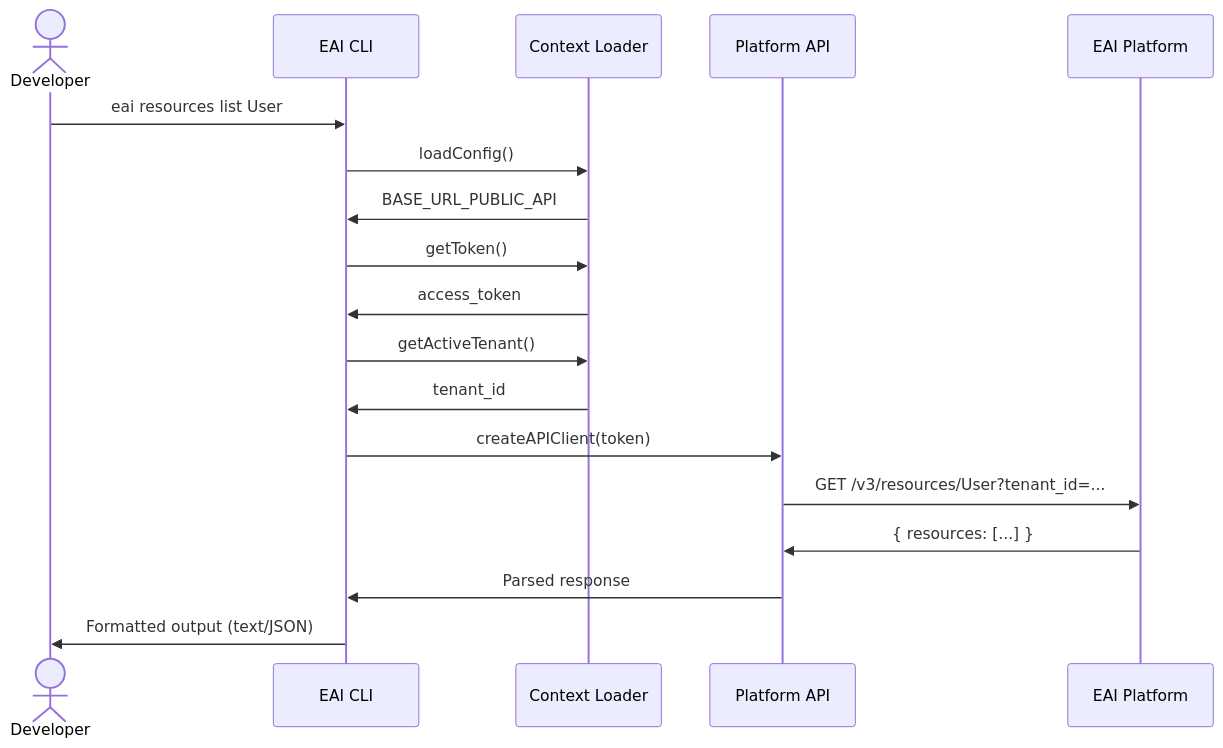
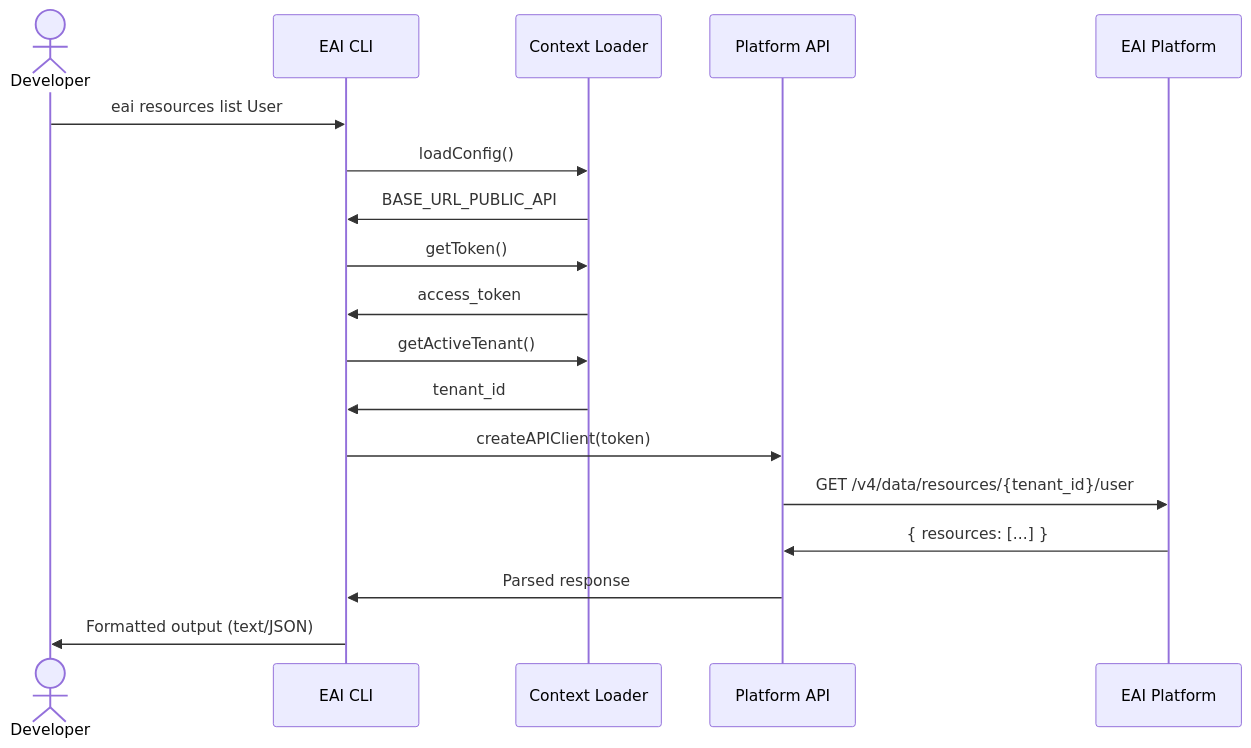
Before and after one commit to eai-support/eai: the third of 5 diagrams in .tech-docs/architecture.md, drawn with Mermaid. The commit also changed other lines of this file and 8 other files, not shown here.

````diff
--- a/.tech-docs/architecture.md
+++ b/.tech-docs/architecture.md
@@ -239,21 +239,21 @@
 ```mermaid
 sequenceDiagram
     actor Dev as Developer
     participant CLI as EAI CLI
     participant Context as Context Loader
     participant API as Platform API
     participant Platform as EAI Platform
     
     Dev->>CLI: eai resources list User
     CLI->>Context: loadConfig()
     Context->>CLI: BASE_URL_PUBLIC_API
     CLI->>Context: getToken()
     Context->>CLI: access_token
     CLI->>Context: getActiveTenant()
     Context->>CLI: tenant_id
     CLI->>API: createAPIClient(token)
-    API->>Platform: GET /v3/resources/User?tenant_id=...
+    API->>Platform: GET /v4/data/resources/{tenant_id}/user
     Platform->>API: { resources: [...] }
     API->>CLI: Parsed response
     CLI->>Dev: Formatted output (text/JSON)
 ```
````
